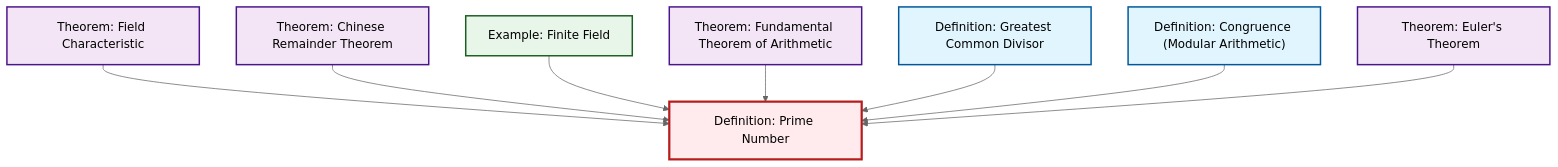
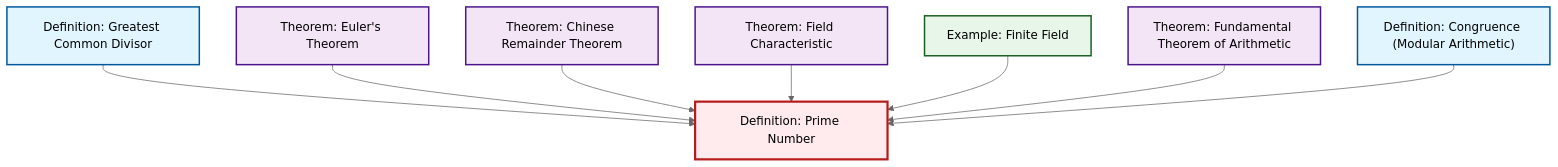
One commit to RK0429/ModernMath changed the diagram in content/en/number-theory/def-prime.qmd. Above: the diagram before and after it, drawn with Mermaid (neutral theme). The commit also changed other lines of this file and 491 other files, not shown here.

````diff
--- a/content/en/number-theory/def-prime.qmd
+++ b/content/en/number-theory/def-prime.qmd
@@ -53,32 +53,32 @@
 ```{mermaid}
 %%| fig-cap: "Local dependency graph"
 graph TD
     classDef definition fill:#e1f5fe,stroke:#01579b,stroke-width:2px
     classDef theorem fill:#f3e5f5,stroke:#4a148c,stroke-width:2px
     classDef axiom fill:#fff3e0,stroke:#e65100,stroke-width:2px
     classDef example fill:#e8f5e9,stroke:#1b5e20,stroke-width:2px
     classDef current fill:#ffebee,stroke:#b71c1c,stroke-width:3px
+    thm-euler["Theorem: Euler's Theorem"]:::theorem
+    def-gcd["Definition: Greatest Common Divisor"]:::definition
+    ex-finite-field["Example: Finite Field"]:::example
+    thm-chinese-remainder["Theorem: Chinese Remainder Theorem"]:::theorem
+    thm-fundamental-arithmetic["Theorem: Fundamental Theorem of Arithmetic"]:::theorem
+    def-prime["Definition: Prime Number"]:::definition
     thm-field-characteristic["Theorem: Field Characteristic"]:::theorem
-    ex-finite-field["Example: Finite Field"]:::example
-    thm-fundamental-arithmetic["Theorem: Fundamental Theorem of Arithmetic"]:::theorem
-    thm-euler["Theorem: Euler's Theorem"]:::theorem
-    thm-chinese-remainder["Theorem: Chinese Remainder Theorem"]:::theorem
     def-congruence["Definition: Congruence (Modular Arithmetic)"]:::definition
-    def-gcd["Definition: Greatest Common Divisor"]:::definition
-    def-prime["Definition: Prime Number"]:::definition
+    def-gcd --> def-prime
+    thm-euler --> def-prime
+    thm-chinese-remainder --> def-prime
     thm-field-characteristic --> def-prime
-    thm-chinese-remainder --> def-prime
     ex-finite-field --> def-prime
     thm-fundamental-arithmetic --> def-prime
-    def-gcd --> def-prime
     def-congruence --> def-prime
-    thm-euler --> def-prime
     class def-prime current
+    click thm-euler "thm-euler.html" "Go to Euler's Theorem theorem"
+    click def-gcd "def-gcd.html" "Go to Greatest Common Divisor definition"
+    click ex-finite-field "ex-finite-field.html" "Go to Finite Field example"
+    click thm-chinese-remainder "thm-chinese-remainder.html" "Go to Chinese Remainder Theorem theorem"
+    click thm-fundamental-arithmetic "thm-fundamental-arithmetic.html" "Go to Fundamental Theorem of Arithmetic theorem"
     click thm-field-characteristic "thm-field-characteristic.html" "Go to Field Characteristic theorem"
-    click ex-finite-field "ex-finite-field.html" "Go to Finite Field example"
-    click thm-fundamental-arithmetic "thm-fundamental-arithmetic.html" "Go to Fundamental Theorem of Arithmetic theorem"
-    click thm-euler "thm-euler.html" "Go to Euler's Theorem theorem"
-    click thm-chinese-remainder "thm-chinese-remainder.html" "Go to Chinese Remainder Theorem theorem"
     click def-congruence "def-congruence.html" "Go to Congruence (Modular Arithmetic) definition"
-    click def-gcd "def-gcd.html" "Go to Greatest Common Divisor definition"
 ```
````
